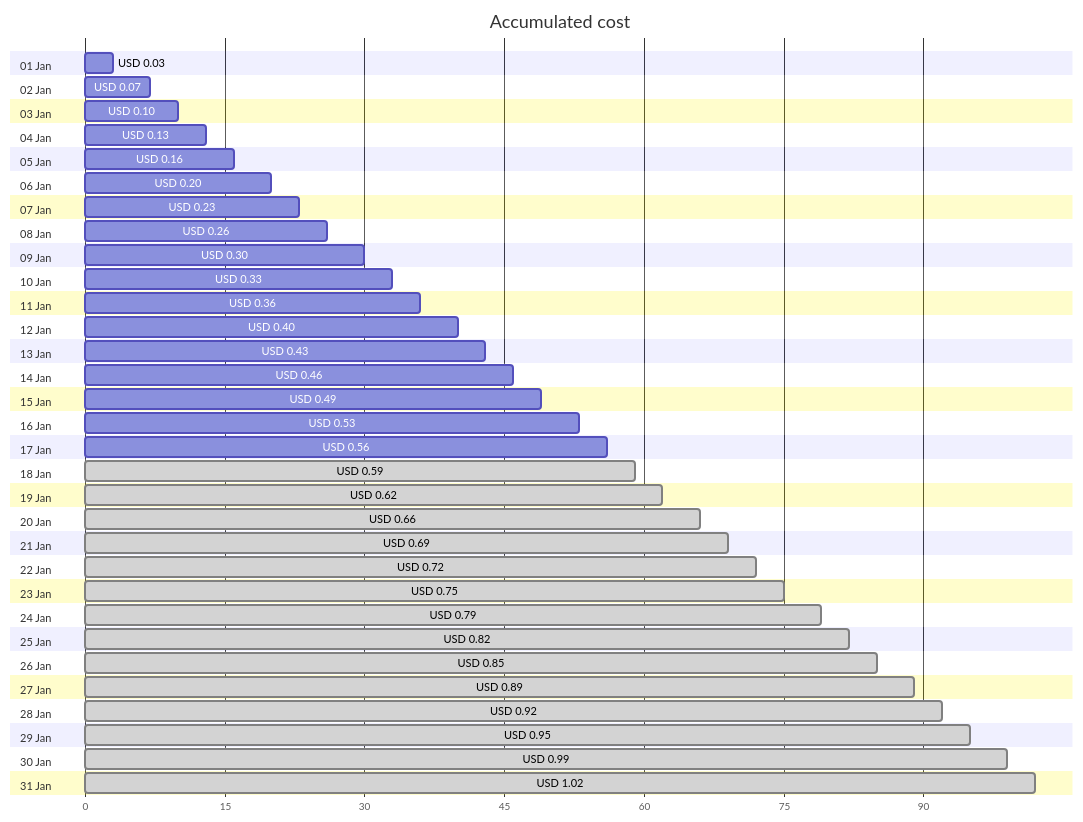
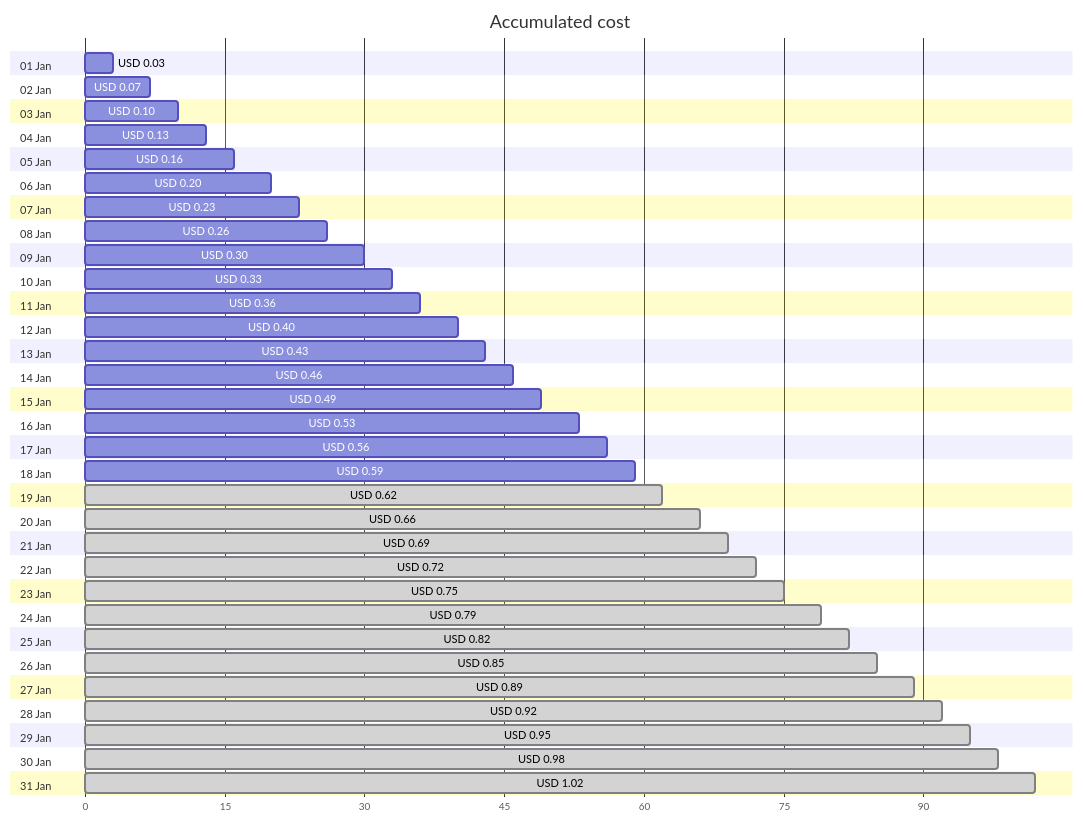
One commit to jpfulton/azure-personal-reports changed the first of 4 diagrams in cost-reports/personal-dns/README.md. Above: the diagram before and after it, drawn with Mermaid. The commit also changed other lines of this file and 2 other files, not shown here.

````diff
--- a/cost-reports/personal-dns/README.md
+++ b/cost-reports/personal-dns/README.md
@@ -20,68 +20,68 @@
 ```mermaid
 gantt
    title Accumulated cost
    dateFormat  X
    axisFormat %s
    section 01 Jan
    USD 0.03 :0, 3
    section 02 Jan
    USD 0.07 :0, 7
    section 03 Jan
    USD 0.10 :0, 10
    section 04 Jan
    USD 0.13 :0, 13
    section 05 Jan
    USD 0.16 :0, 16
    section 06 Jan
    USD 0.20 :0, 20
    section 07 Jan
    USD 0.23 :0, 23
    section 08 Jan
    USD 0.26 :0, 26
    section 09 Jan
    USD 0.30 :0, 30
    section 10 Jan
    USD 0.33 :0, 33
    section 11 Jan
    USD 0.36 :0, 36
    section 12 Jan
    USD 0.40 :0, 40
    section 13 Jan
    USD 0.43 :0, 43
    section 14 Jan
    USD 0.46 :0, 46
    section 15 Jan
    USD 0.49 :0, 49
    section 16 Jan
    USD 0.53 :0, 53
    section 17 Jan
    USD 0.56 :0, 56
    section 18 Jan
-   USD 0.59 : done, 0, 59
+   USD 0.59 :0, 59
    section 19 Jan
    USD 0.62 : done, 0, 62
    section 20 Jan
    USD 0.66 : done, 0, 66
    section 21 Jan
    USD 0.69 : done, 0, 69
    section 22 Jan
    USD 0.72 : done, 0, 72
    section 23 Jan
    USD 0.75 : done, 0, 75
    section 24 Jan
    USD 0.79 : done, 0, 79
    section 25 Jan
    USD 0.82 : done, 0, 82
    section 26 Jan
    USD 0.85 : done, 0, 85
    section 27 Jan
    USD 0.89 : done, 0, 89
    section 28 Jan
    USD 0.92 : done, 0, 92
    section 29 Jan
    USD 0.95 : done, 0, 95
    section 30 Jan
-   USD 0.99 : done, 0, 99
+   USD 0.98 : done, 0, 98
    section 31 Jan
    USD 1.02 : done, 0, 102
 ```
````
